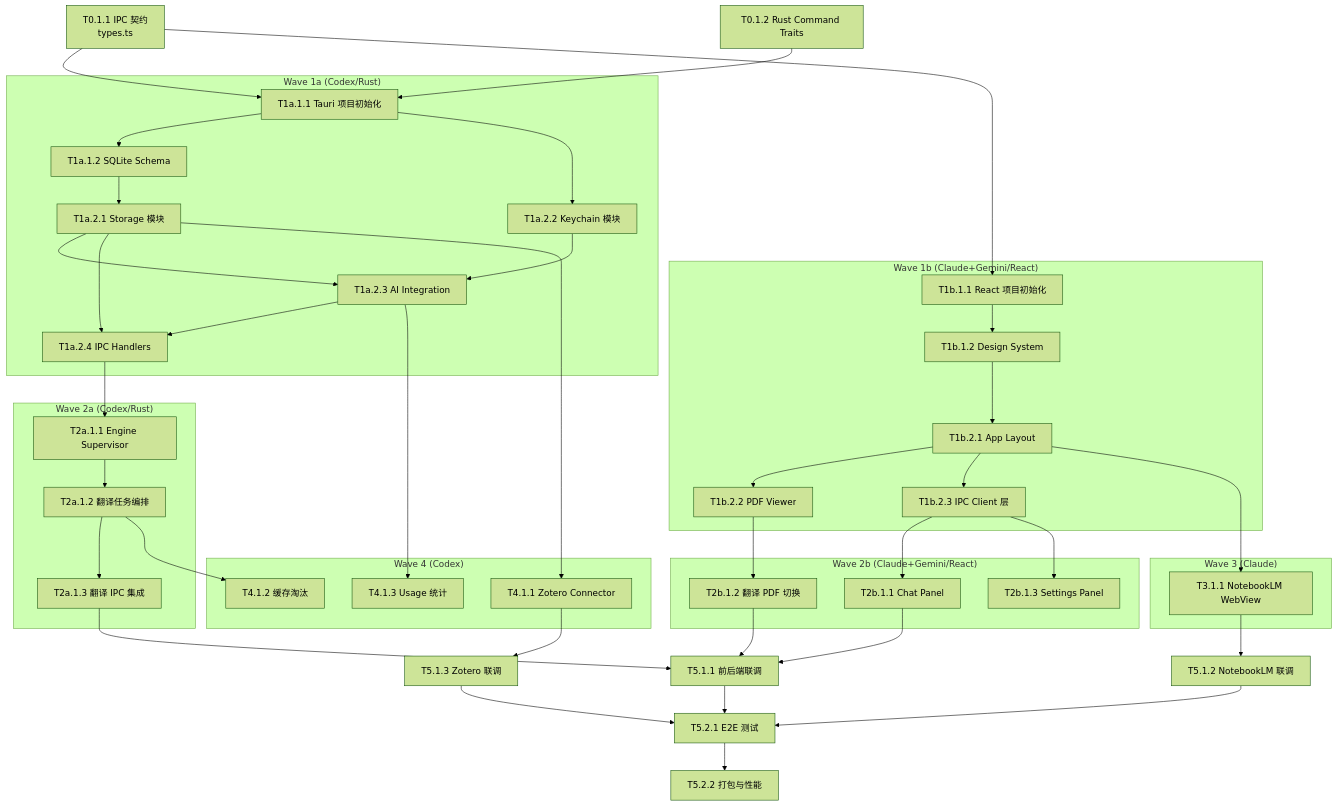
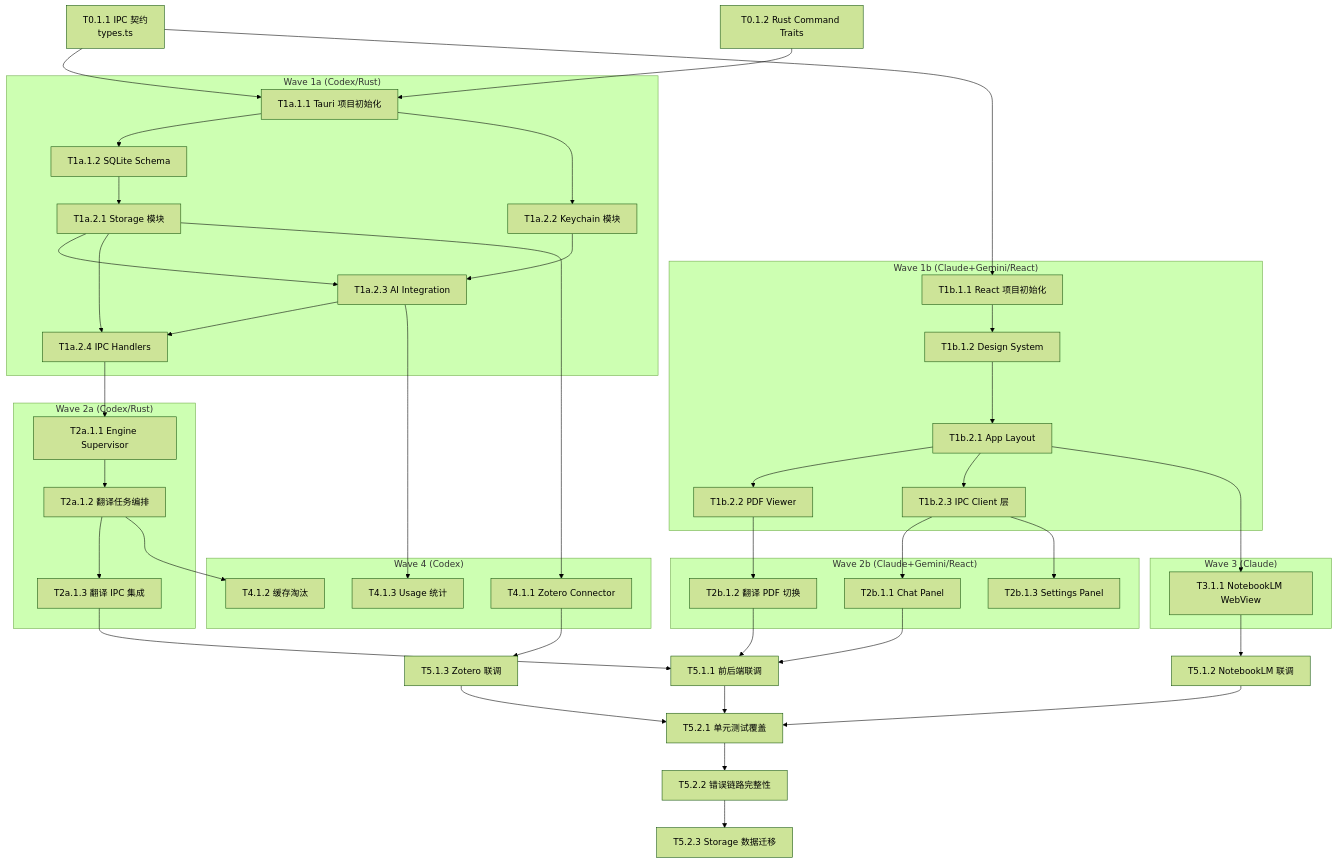
One commit to xkkabishou/rastro changed the diagram in genesis/v1/05_TASKS.md. Above: the diagram before and after it, drawn with Mermaid (forest theme). The commit also changed other lines of this file and 39 other files, not shown here.

````diff
--- a/genesis/v1/05_TASKS.md
+++ b/genesis/v1/05_TASKS.md
@@ -25,55 +25,56 @@
 ```mermaid
 graph TD
     T0.1.1["T0.1.1 IPC 契约<br/>types.ts"] --> T1a.1.1["T1a.1.1 Tauri 项目初始化"]
     T0.1.1 --> T1b.1.1["T1b.1.1 React 项目初始化"]
     T0.1.2["T0.1.2 Rust Command Traits"] --> T1a.1.1
 
     subgraph "Wave 1a (Codex/Rust)"
         T1a.1.1 --> T1a.1.2["T1a.1.2 SQLite Schema"]
         T1a.1.2 --> T1a.2.1["T1a.2.1 Storage 模块"]
         T1a.1.1 --> T1a.2.2["T1a.2.2 Keychain 模块"]
         T1a.2.1 --> T1a.2.3["T1a.2.3 AI Integration"]
         T1a.2.2 --> T1a.2.3
         T1a.2.1 --> T1a.2.4["T1a.2.4 IPC Handlers"]
         T1a.2.3 --> T1a.2.4
     end
 
     subgraph "Wave 1b (Claude+Gemini/React)"
         T1b.1.1 --> T1b.1.2["T1b.1.2 Design System"]
         T1b.1.2 --> T1b.2.1["T1b.2.1 App Layout"]
         T1b.2.1 --> T1b.2.2["T1b.2.2 PDF Viewer"]
         T1b.2.1 --> T1b.2.3["T1b.2.3 IPC Client 层"]
     end
 
     subgraph "Wave 2a (Codex/Rust)"
         T1a.2.4 --> T2a.1.1["T2a.1.1 Engine Supervisor"]
         T2a.1.1 --> T2a.1.2["T2a.1.2 翻译任务编排"]
         T2a.1.2 --> T2a.1.3["T2a.1.3 翻译 IPC 集成"]
     end
 
     subgraph "Wave 2b (Claude+Gemini/React)"
         T1b.2.3 --> T2b.1.1["T2b.1.1 Chat Panel"]
         T1b.2.2 --> T2b.1.2["T2b.1.2 翻译 PDF 切换"]
         T1b.2.3 --> T2b.1.3["T2b.1.3 Settings Panel"]
     end
 
     subgraph "Wave 3 (Claude)"
         T1b.2.1 --> T3.1.1["T3.1.1 NotebookLM WebView"]
     end
 
     subgraph "Wave 4 (Codex)"
         T1a.2.1 --> T4.1.1["T4.1.1 Zotero Connector"]
         T2a.1.2 --> T4.1.2["T4.1.2 缓存淘汰"]
         T1a.2.3 --> T4.1.3["T4.1.3 Usage 统计"]
     end
 
     T2a.1.3 --> T5.1.1["T5.1.1 前后端联调"]
     T2b.1.1 --> T5.1.1
     T2b.1.2 --> T5.1.1
     T3.1.1 --> T5.1.2["T5.1.2 NotebookLM 联调"]
     T4.1.1 --> T5.1.3["T5.1.3 Zotero 联调"]
-    T5.1.1 --> T5.2.1["T5.2.1 E2E 测试"]
+    T5.1.1 --> T5.2.1["T5.2.1 单元测试覆盖"]
     T5.1.2 --> T5.2.1
     T5.1.3 --> T5.2.1
-    T5.2.1 --> T5.2.2["T5.2.2 打包与性能"]
+    T5.2.1 --> T5.2.2["T5.2.2 错误链路完整性"]
+    T5.2.2 --> T5.2.3["T5.2.3 Storage 数据迁移"]
 ```
````
